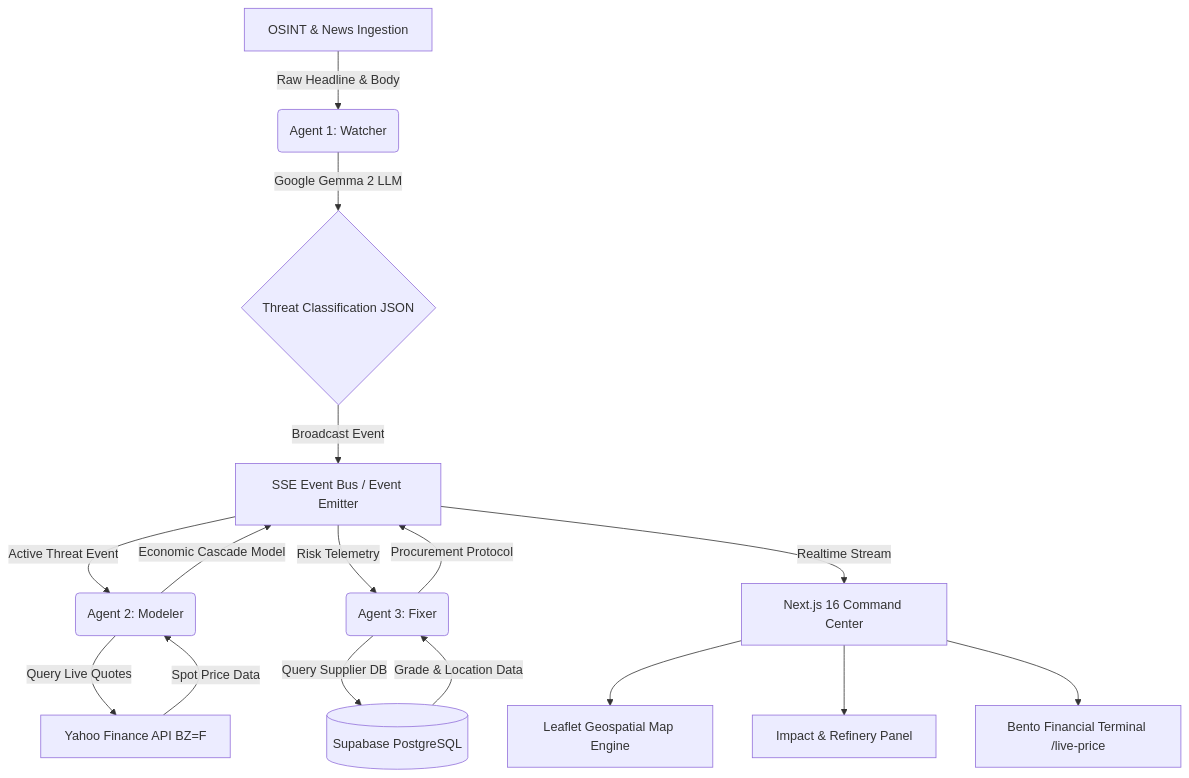
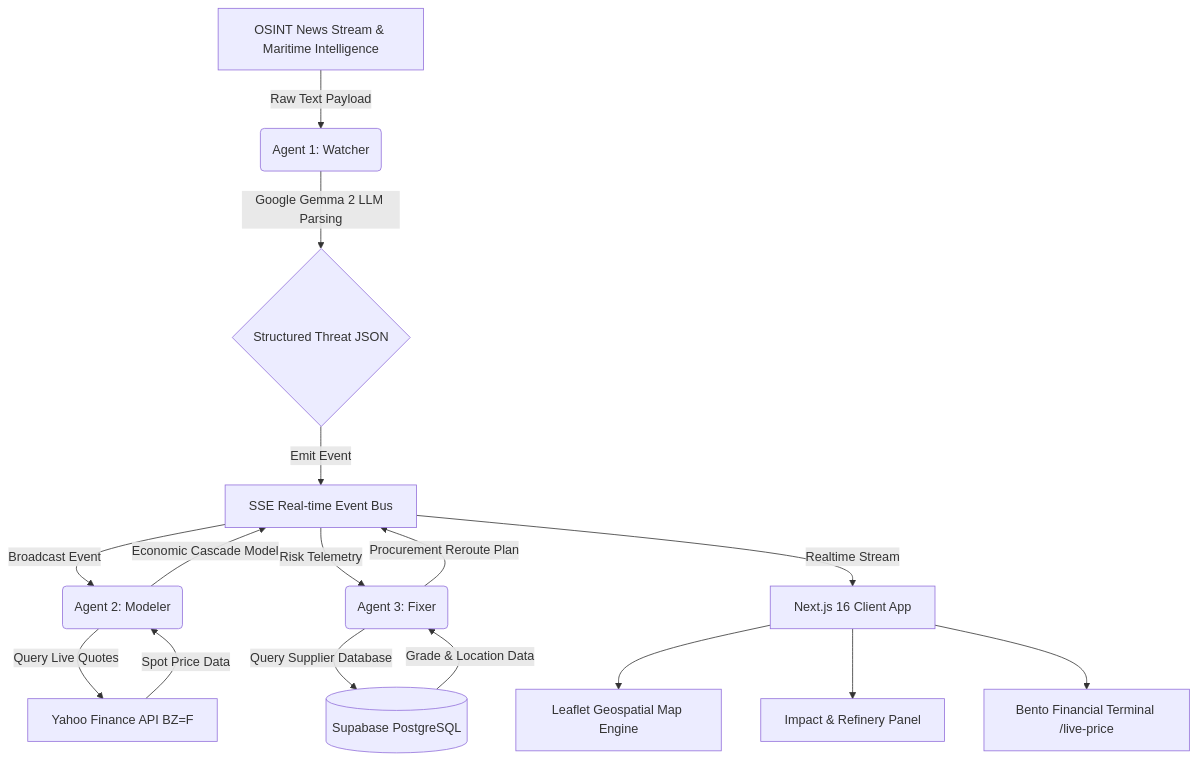
Before and after one commit to Amansingh0807/ET-Hack-26: the diagram in README.md, drawn with Mermaid. The commit also changed other lines of this file, not shown here.

````diff
--- a/README.md
+++ b/README.md
@@ -98,22 +193,22 @@
 ```mermaid
 graph TD
-    A[OSINT & News Ingestion] -->|Raw Headline & Body| B(Agent 1: Watcher)
-    B -->|Google Gemma 2 LLM| C{Threat Classification JSON}
+    A[OSINT News Stream & Maritime Intelligence] -->|Raw Text Payload| B(Agent 1: Watcher)
+    B -->|Google Gemma 2 LLM Parsing| C{Structured Threat JSON}
     
-    C -->|Broadcast Event| D[SSE Event Bus / Event Emitter]
+    C -->|Emit Event| D[SSE Real-time Event Bus]
     
-    D -->|Active Threat Event| E(Agent 2: Modeler)
+    D -->|Broadcast Event| E(Agent 2: Modeler)
     E -->|Query Live Quotes| F[Yahoo Finance API BZ=F]
     F -->|Spot Price Data| E
     E -->|Economic Cascade Model| D
     
     D -->|Risk Telemetry| G(Agent 3: Fixer)
-    G -->|Query Supplier DB| H[(Supabase PostgreSQL)]
+    G -->|Query Supplier Database| H[(Supabase PostgreSQL)]
     H -->|Grade & Location Data| G
-    G -->|Procurement Protocol| D
+    G -->|Procurement Reroute Plan| D
 
-    D -->|Realtime Stream| I[Next.js 16 Command Center]
+    D -->|Realtime Stream| I[Next.js 16 Client App]
     I --> J[Leaflet Geospatial Map Engine]
     I --> K[Impact & Refinery Panel]
     I --> L[Bento Financial Terminal /live-price]
 ```
````
